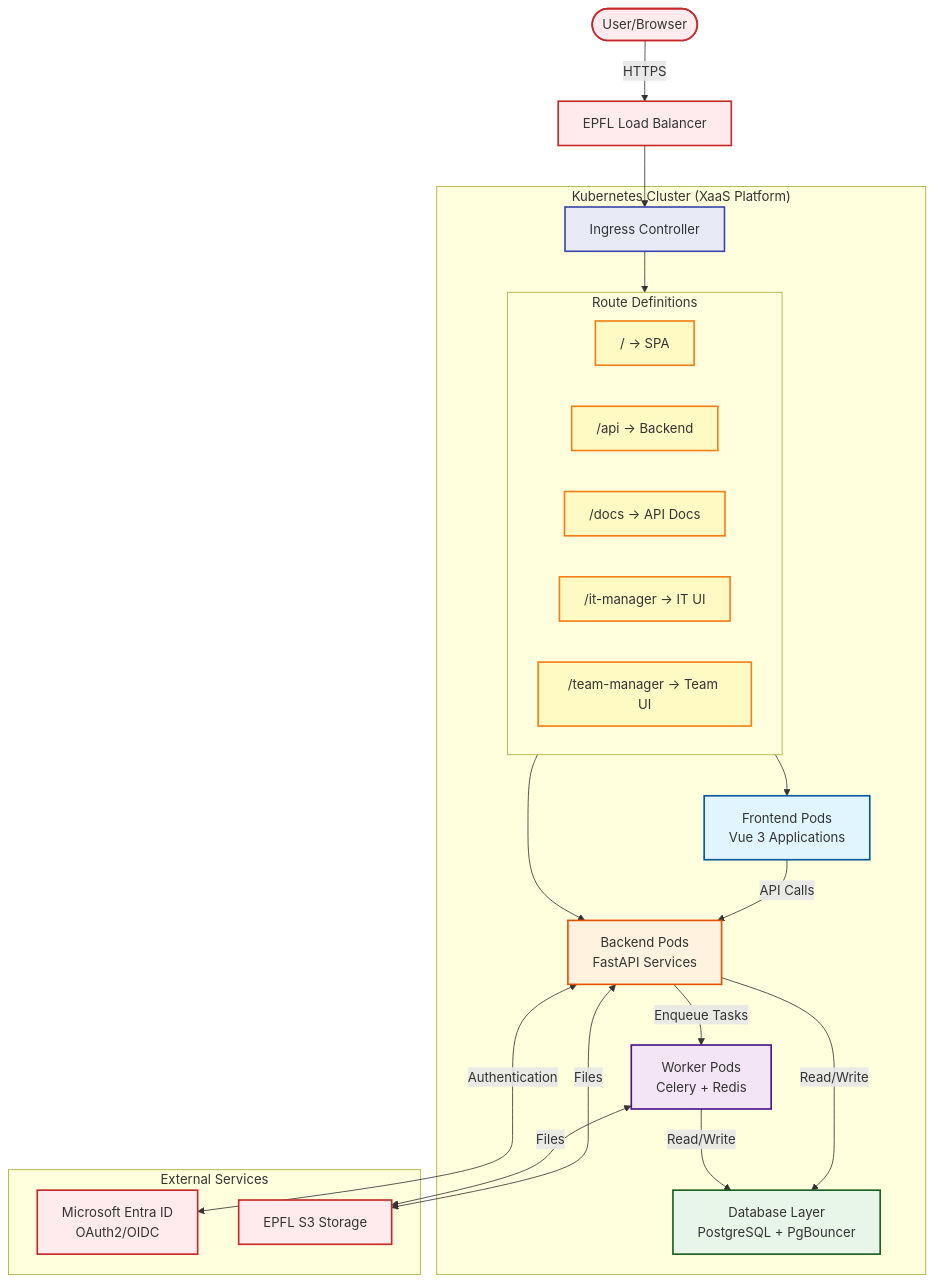
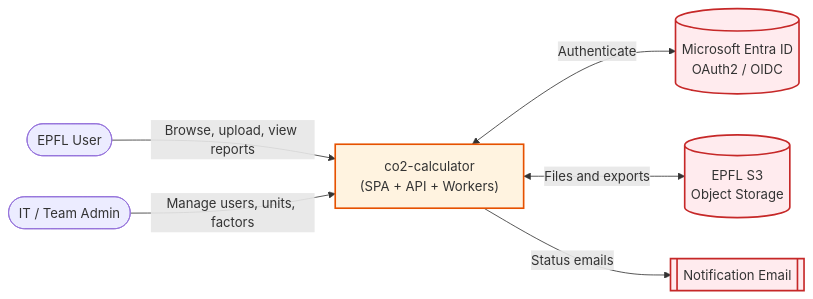
Before and after one commit to EPFL-ENAC/co2-calculator: the first of 3 diagrams in docs/src/architecture/02-system-overview.md, drawn with Mermaid. The commit also changed other lines of this file, not shown here.

First line of the commit message:
docs(#860): C1 system-overview mermaid + condense

````diff
--- a/docs/src/architecture/02-system-overview.md
+++ b/docs/src/architecture/02-system-overview.md
@@ -5,59 +26,20 @@
 ```mermaid
-graph TB
-    User([User/Browser])
-    LB[EPFL Load Balancer]
+flowchart LR
+    User([EPFL User])
+    Admin([IT / Team Admin])
+    System["co2-calculator<br/>(SPA + API + Workers)"]
+    Entra[(Microsoft Entra ID<br/>OAuth2 / OIDC)]
+    S3[(EPFL S3<br/>Object Storage)]
+    Mail[[Notification Email]]
 
-    subgraph K8S["Kubernetes Cluster (XaaS Platform)"]
-        Ingress[Ingress Controller]
+    User -->|Browse, upload, view reports| System
+    Admin -->|Manage users, units, factors| System
+    System <-->|Authenticate| Entra
+    System <-->|Files and exports| S3
+    System -->|Status emails| Mail
 
-        subgraph Routes["Route Definitions"]
-            Root["/ → SPA"]
-            API["/api → Backend"]
-            Docs["/docs → API Docs"]
-            ITMgr["/it-manager → IT UI"]
-            TeamMgr["/team-manager → Team UI"]
-        end
-
-        Frontend[Frontend Pods<br/>Vue 3 Applications]
-        Backend[Backend Pods<br/>FastAPI Services]
-        Workers[Worker Pods<br/>Celery + Redis]
-        Database[Database Layer<br/>PostgreSQL + PgBouncer]
-    end
-
-    subgraph External["External Services"]
-        Auth[Microsoft Entra ID<br/>OAuth2/OIDC]
-        S3[EPFL S3 Storage]
-    end
-
-    User -->|HTTPS| LB
-    LB --> Ingress
-    Ingress --> Routes
-    Routes --> Frontend
-    Routes --> Backend
-
-    Frontend -->|API Calls| Backend
-    Backend <-->|Authentication| Auth
-    Backend -->|Read/Write| Database
-    Backend -->|Enqueue Tasks| Workers
-    Backend <-->|Files| S3
-
-    Workers -->|Read/Write| Database
-    Workers <-->|Files| S3
-
-    classDef external fill:#ffebee,stroke:#c62828,stroke-width:2px
-    classDef ingress fill:#e8eaf6,stroke:#3949ab,stroke-width:2px
-    classDef route fill:#fff9c4,stroke:#f57f17,stroke-width:2px
-    classDef frontend fill:#e1f5ff,stroke:#01579b,stroke-width:2px
-    classDef backend fill:#fff3e0,stroke:#e65100,stroke-width:2px
-    classDef workers fill:#f3e5f5,stroke:#4a148c,stroke-width:2px
-    classDef database fill:#e8f5e9,stroke:#1b5e20,stroke-width:2px
-
-    class User,LB external
-    class Ingress ingress
-    class Root,API,Docs,ITMgr,TeamMgr route
-    class Frontend frontend
-    class Backend backend
-    class Workers workers
-    class Database database
-    class Auth,S3 external
+    classDef system fill:#fff3e0,stroke:#e65100,stroke-width:2px
+    classDef ext fill:#ffebee,stroke:#c62828,stroke-width:2px
+    class System system
+    class Entra,S3,Mail ext
 ```
````
